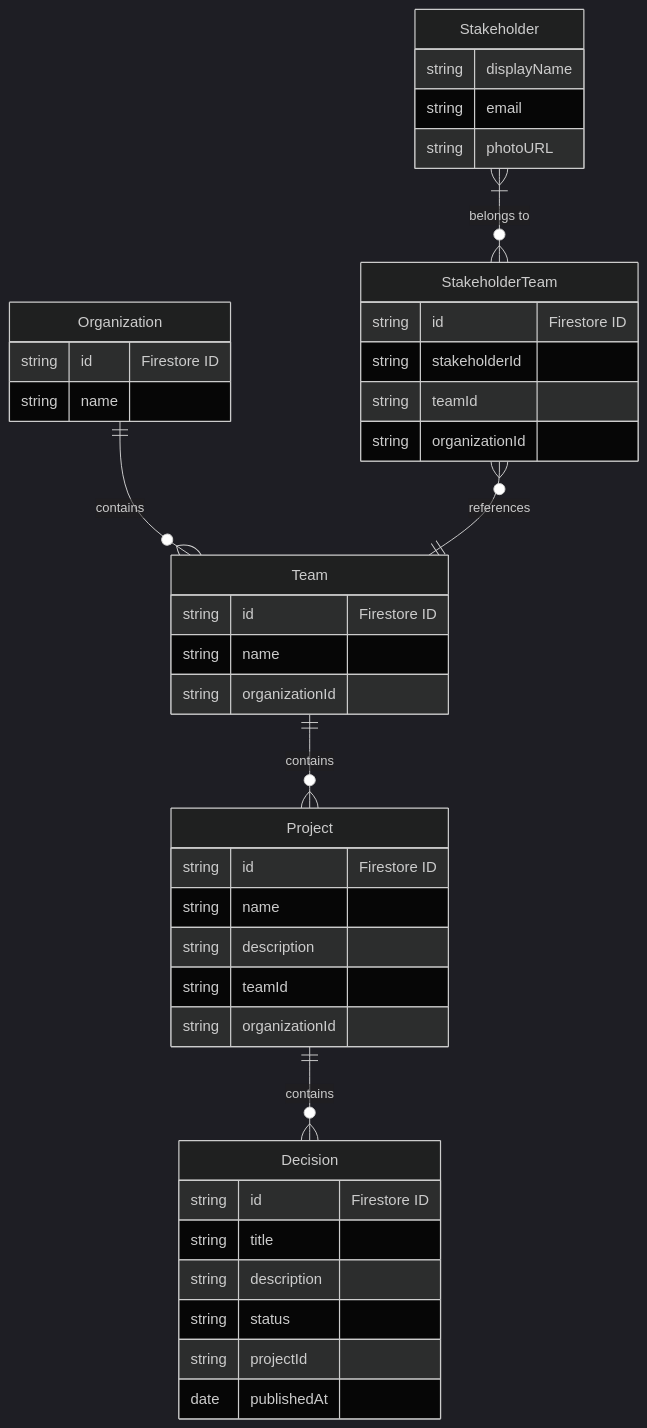
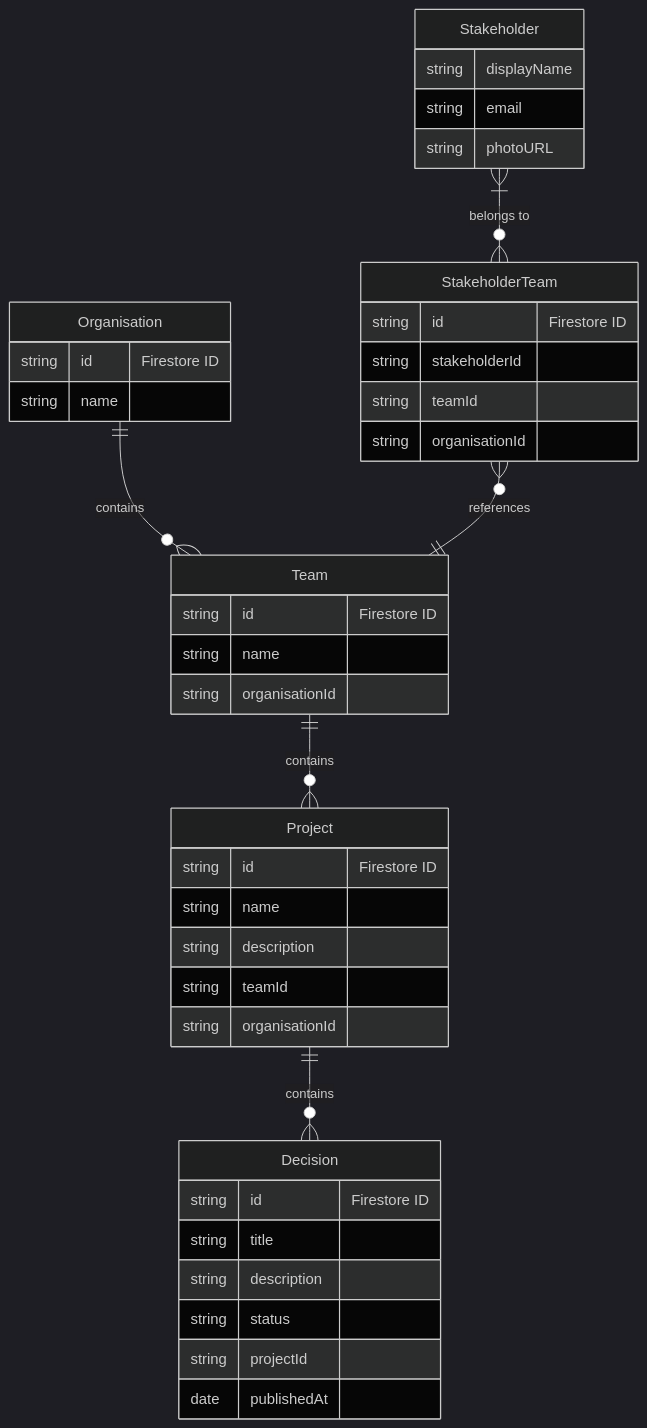
One commit to wellmaintained/decision-copilot changed the diagram in docs/domain/organisation.md. Above: the diagram before and after it, drawn with Mermaid (dark theme). The commit also changed other lines of this file and 10 other files, not shown here.

````diff
--- a/docs/domain/organisation.md
+++ b/docs/domain/organisation.md
@@ -9,49 +9,49 @@
 ```mermaid
 erDiagram
-    Organization ||--o{ Team : contains
+    Organisation ||--o{ Team : contains
     Team ||--o{ Project : contains
     Project ||--o{ Decision : contains
     Stakeholder }|--o{ StakeholderTeam : "belongs to"
     StakeholderTeam }o--|| Team : "references"
     
-    Organization {
+    Organisation {
         string id "Firestore ID"
         string name
     }
     
     Team {
         string id "Firestore ID"
         string name
-        string organizationId
+        string organisationId
     }
     
     Project {
         string id "Firestore ID"
         string name
         string description
         string teamId
-        string organizationId
+        string organisationId
     }
     
     Decision {
         string id "Firestore ID"
         string title
         string description
         string status
         string projectId
         date publishedAt
     }
     
     StakeholderTeam {
         string id "Firestore ID"
         string stakeholderId
         string teamId
-        string organizationId
+        string organisationId
     }
     
     Stakeholder {
         string displayName
         string email
         string photoURL
     }
 ```
````
